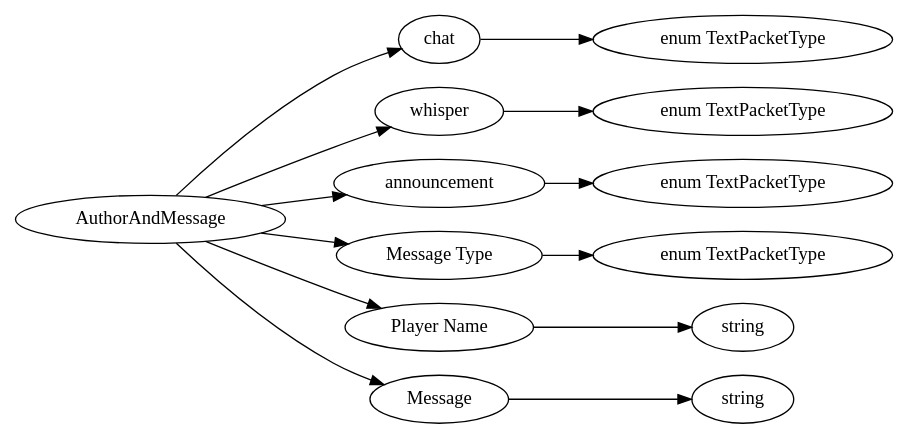
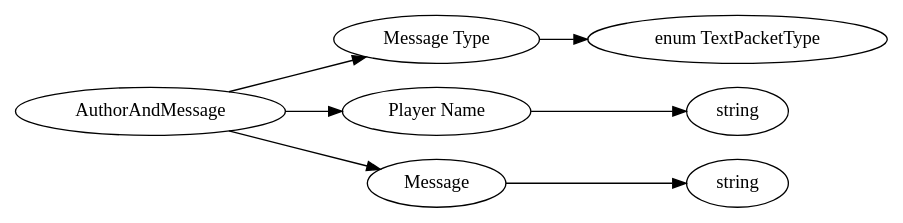
One commit to ApocalypsjeNL/bedrock-protocol-docs changed the diagram in dot/AuthorAndMessage.dot. Above: the diagram before and after it, drawn with Graphviz. The commit also changed 604 other files, not shown here.

```diff
--- a/dot/AuthorAndMessage.dot
+++ b/dot/AuthorAndMessage.dot
@@ -1,32 +1,20 @@
 digraph "AuthorAndMessage" {
 rankdir = LR
 0
 0 -> 1
 1 -> 2
 0 -> 3
 3 -> 4
 0 -> 5
 5 -> 6
-0 -> 7
-7 -> 8
-0 -> 9
-9 -> 10
-0 -> 11
-11 -> 12
 
 0 [label="AuthorAndMessage",comment="name: \"AuthorAndMessage\", typeName: \"\", id: 0, branchId: 0, recurseId: -1, attributes: 0, notes: \"\""];
-1 [label="chat",comment="name: \"chat\", typeName: \"\", id: 1, branchId: 0, recurseId: -1, attributes: 0, notes: \"\""];
+1 [label="Message Type",comment="name: \"Message Type\", typeName: \"\", id: 1, branchId: 0, recurseId: -1, attributes: 0, notes: \"\""];
 2 [label="enum TextPacketType",comment="name: \"enum TextPacketType\", typeName: \"\", id: 2, branchId: 0, recurseId: -1, attributes: 512, notes: \"\""];
-3 [label="whisper",comment="name: \"whisper\", typeName: \"\", id: 3, branchId: 0, recurseId: -1, attributes: 0, notes: \"\""];
-4 [label="enum TextPacketType",comment="name: \"enum TextPacketType\", typeName: \"\", id: 4, branchId: 0, recurseId: -1, attributes: 512, notes: \"\""];
-5 [label="announcement",comment="name: \"announcement\", typeName: \"\", id: 5, branchId: 0, recurseId: -1, attributes: 0, notes: \"\""];
-6 [label="enum TextPacketType",comment="name: \"enum TextPacketType\", typeName: \"\", id: 6, branchId: 0, recurseId: -1, attributes: 512, notes: \"\""];
-7 [label="Message Type",comment="name: \"Message Type\", typeName: \"\", id: 7, branchId: 0, recurseId: -1, attributes: 0, notes: \"\""];
-8 [label="enum TextPacketType",comment="name: \"enum TextPacketType\", typeName: \"\", id: 8, branchId: 0, recurseId: -1, attributes: 512, notes: \"\""];
-9 [label="Player Name",comment="name: \"Player Name\", typeName: \"\", id: 9, branchId: 0, recurseId: -1, attributes: 0, notes: \"\""];
-10 [label="string",comment="name: \"string\", typeName: \"\", id: 10, branchId: 0, recurseId: -1, attributes: 512, notes: \"\""];
-11 [label="Message",comment="name: \"Message\", typeName: \"\", id: 11, branchId: 0, recurseId: -1, attributes: 0, notes: \"\""];
-12 [label="string",comment="name: \"string\", typeName: \"\", id: 12, branchId: 0, recurseId: -1, attributes: 512, notes: \"\""];
-{ rank = max;2;4;6;8;10;12}
+3 [label="Player Name",comment="name: \"Player Name\", typeName: \"\", id: 3, branchId: 0, recurseId: -1, attributes: 0, notes: \"\""];
+4 [label="string",comment="name: \"string\", typeName: \"\", id: 4, branchId: 0, recurseId: -1, attributes: 512, notes: \"\""];
+5 [label="Message",comment="name: \"Message\", typeName: \"\", id: 5, branchId: 0, recurseId: -1, attributes: 0, notes: \"\""];
+6 [label="string",comment="name: \"string\", typeName: \"\", id: 6, branchId: 0, recurseId: -1, attributes: 512, notes: \"\""];
+{ rank = max;2;4;6}
 
 }
```
